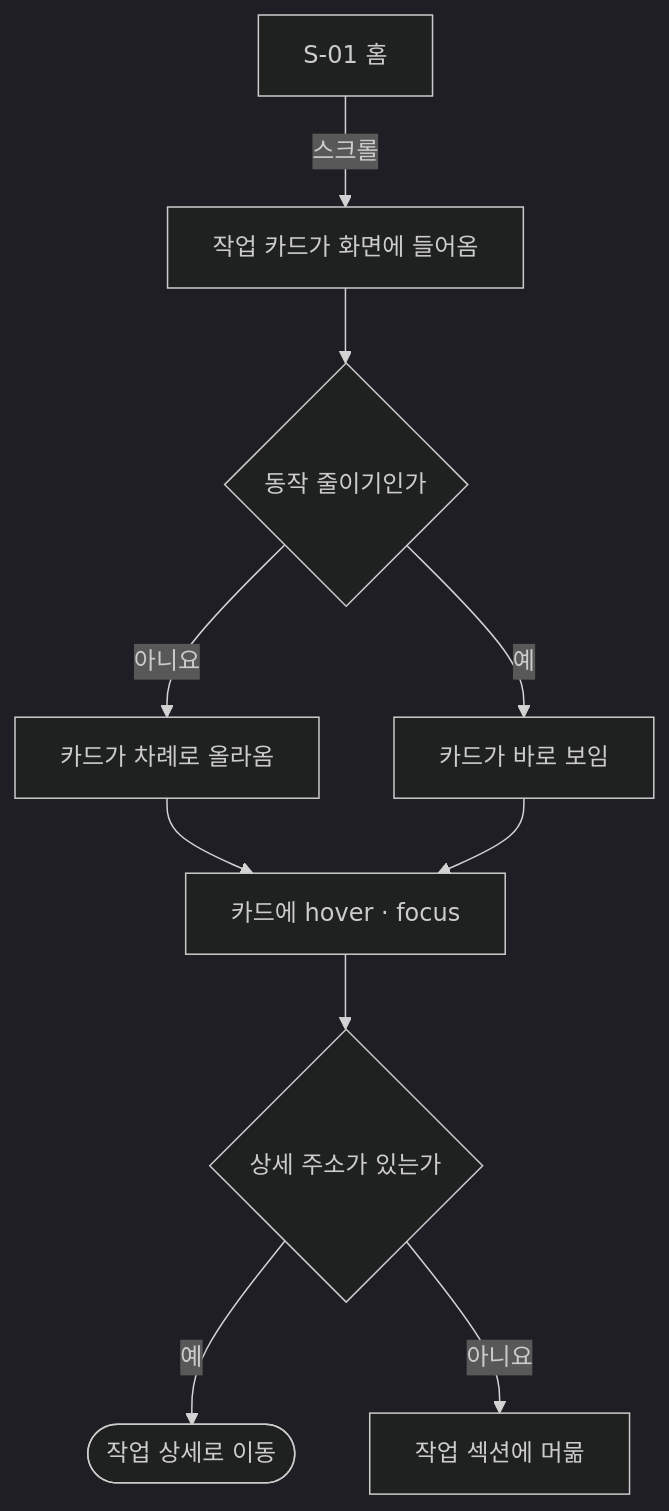
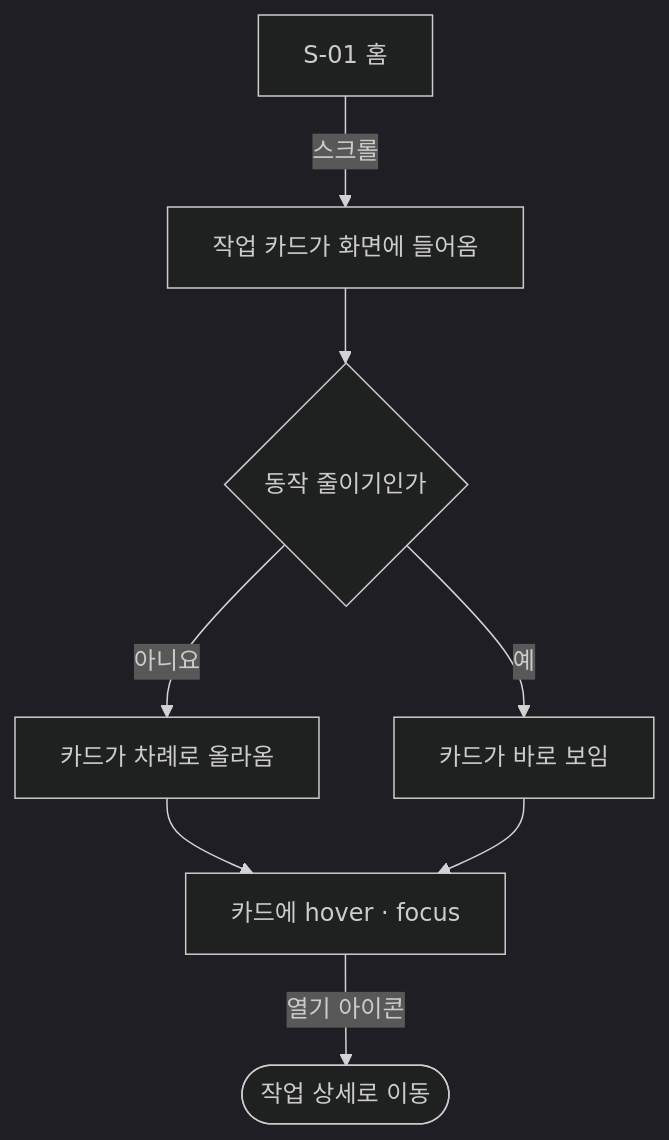
The third of 4 diagrams in docs/plan/home/userflow.md (GUNIZZI/portfolio), drawn with Mermaid (dark theme) before and after one commit. The commit also changed other lines of this file and 5 other files, not shown here.

````diff
--- a/docs/plan/home/userflow.md
+++ b/docs/plan/home/userflow.md
@@ -46,12 +46,10 @@
 ```mermaid
 flowchart TD
     H["S-01 홈"]:::screen -->|"스크롤"| V["작업 카드가 화면에 들어옴"]:::step
     V --> RM{"동작 줄이기인가"}:::decision
     RM -->|"아니요"| UP["카드가 차례로 올라옴"]:::step
     RM -->|"예"| SHOW["카드가 바로 보임"]:::step
     UP --> PICK["카드에 hover · focus"]:::step
     SHOW --> PICK
-    PICK --> HAS{"상세 주소가 있는가"}:::decision
-    HAS -->|"예"| WD(["작업 상세로 이동"]):::done
-    HAS -->|"아니요"| SELF["작업 섹션에 머묾"]:::warn
+    PICK -->|"열기 아이콘"| WD(["작업 상세로 이동"]):::done
 ```
````
